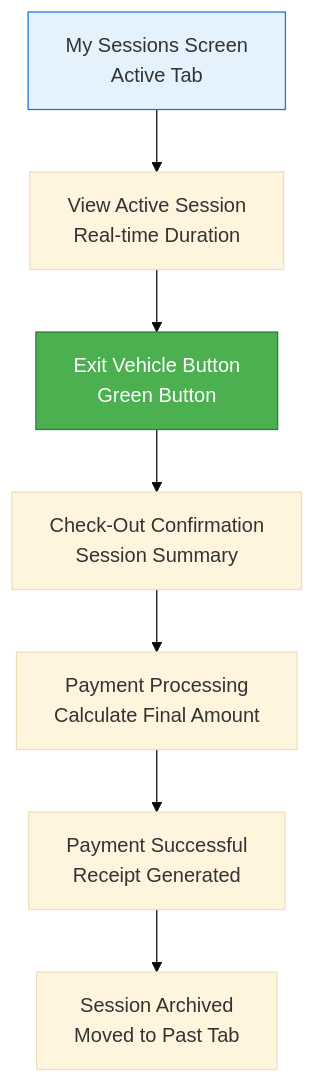
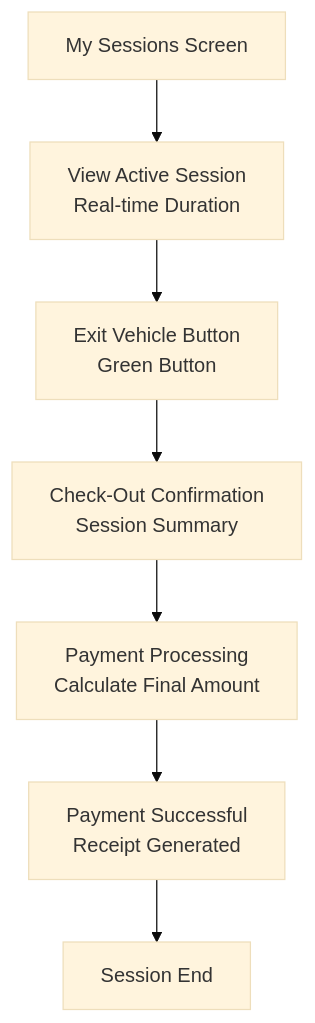
The third of 5 diagrams in Vision-Parking/parking-app-prd.md (hittubhai01/parking_app_project), drawn with Mermaid (base theme) before and after one commit. The commit also changed other lines of this file and 510 other files, not shown here.

````diff
--- a/Vision-Parking/parking-app-prd.md
+++ b/Vision-Parking/parking-app-prd.md
@@ -798,12 +720,11 @@
 ```mermaid
 graph TD
-    A[My Sessions Screen<br/>Active Tab] --> B[View Active Session<br/>Real-time Duration]
+    A[My Sessions Screen] --> B[View Active Session<br/>Real-time Duration]
     B --> C[Exit Vehicle Button<br/>Green Button]
     C --> D[Check-Out Confirmation<br/>Session Summary]
     D --> E[Payment Processing<br/>Calculate Final Amount]
     E --> F[Payment Successful<br/>Receipt Generated]
-    F --> G[Session Archived<br/>Moved to Past Tab]
+    F --> G[Session End]
     
-    style C fill:#4CAF50,stroke:#2E7D32,color:#fff
-    style A fill:#E3F2FD,stroke:#1976D2
+    
 ```
````
